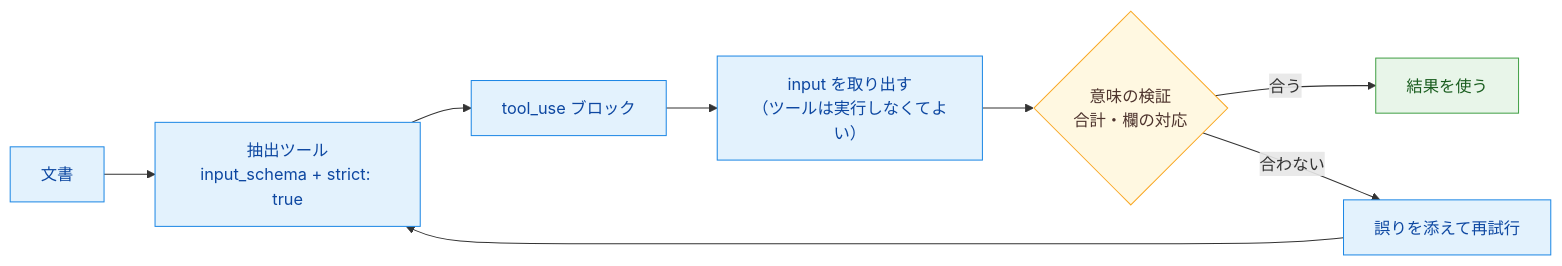
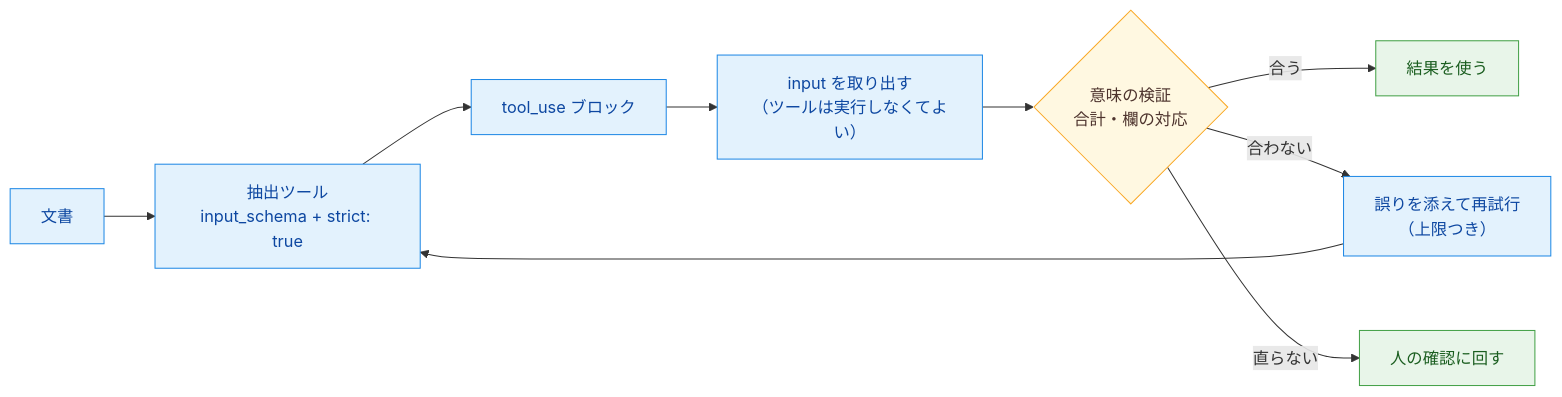
One commit to yuya-take/yuya-exam-notes changed the diagram in ccaf/notes/04-prompt-engineering/tool-use-json-schema.md. Above: the diagram before and after it, drawn with Mermaid. The commit also changed other lines of this file and 3 other files, not shown here.

````diff
--- a/ccaf/notes/04-prompt-engineering/tool-use-json-schema.md
+++ b/ccaf/notes/04-prompt-engineering/tool-use-json-schema.md
@@ -12,16 +12,17 @@
 ```mermaid
 flowchart LR
   A[文書] --> B["抽出ツール<br/>input_schema + strict: true"]
   B --> C[tool_use ブロック]
   C --> D["input を取り出す<br/>（ツールは実行しなくてよい）"]
   D --> E{"意味の検証<br/>合計・欄の対応"}
   E -- 合う --> F[結果を使う]
-  E -- 合わない --> G[誤りを添えて再試行]
+  E -- 合わない --> G["誤りを添えて再試行<br/>（上限つき）"]
   G --> B
+  E -- 直らない --> H[人の確認に回す]
   classDef run fill:#e3f2fd,stroke:#1e88e5,color:#0d47a1
   classDef judge fill:#fff8e1,stroke:#f9a825,color:#4e342e
   classDef done fill:#e8f5e9,stroke:#43a047,color:#1b5e20
   class A,B,C,D,G run
   class E judge
-  class F done
+  class F,H done
 ```
````
